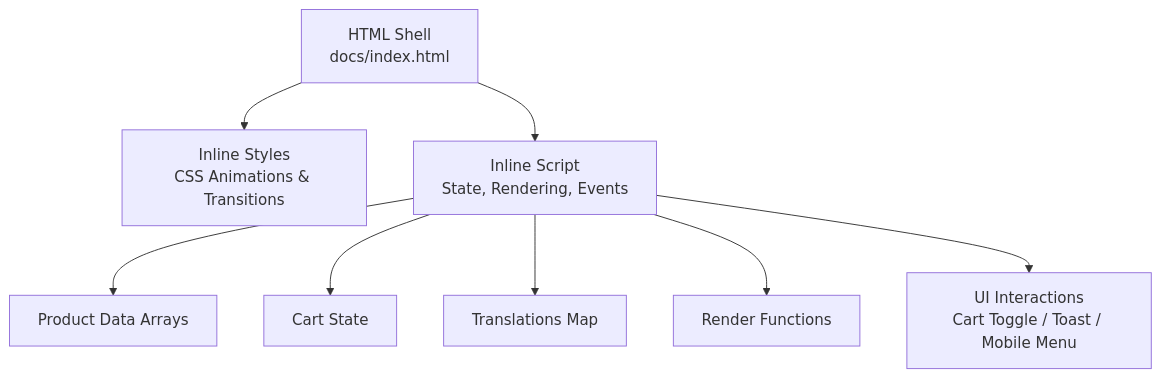
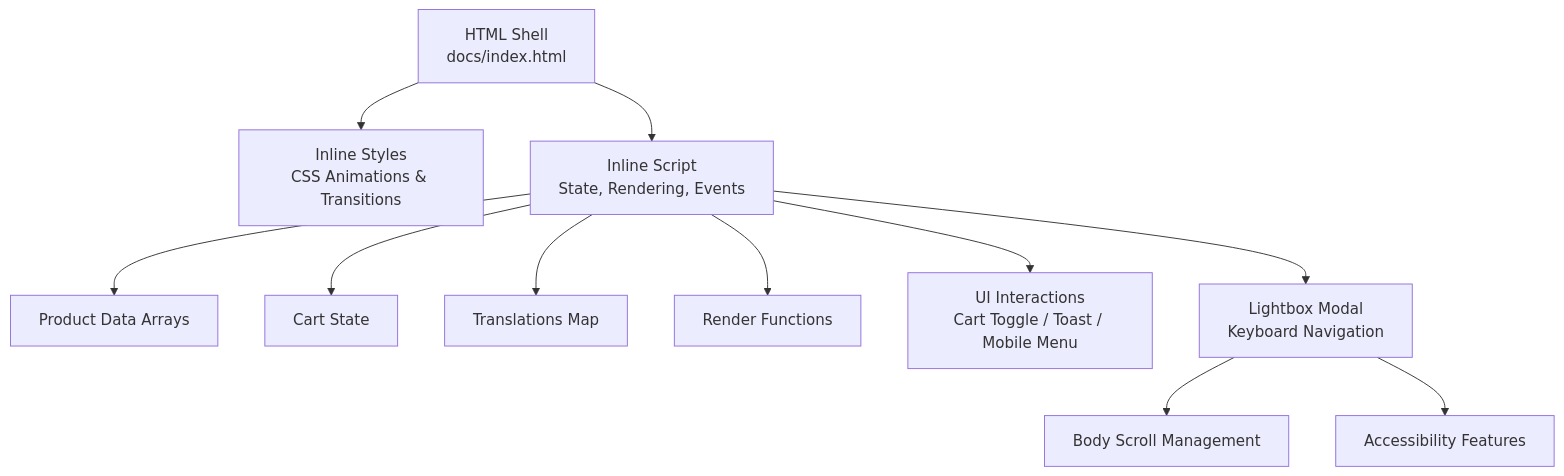
Before and after one commit to queenflowerhk/queenflowerhk.github.io: the first of 5 diagrams in .qoder/repowiki/en/content/User Interface Components/Interactive Elements/Interactive Elements.md, drawn with Mermaid. The commit also changed other lines of this file and 13 other files, not shown here.

````diff
--- a/.qoder/repowiki/en/content/User Interface Components/Interactive Elements/Interactive Elements.md
+++ b/.qoder/repowiki/en/content/User Interface Components/Interactive Elements/Interactive Elements.md
@@ -35,10 +50,13 @@
 ```mermaid
 graph TB
 A["HTML Shell<br/>docs/index.html"] --> B["Inline Styles<br/>CSS Animations & Transitions"]
 A --> C["Inline Script<br/>State, Rendering, Events"]
 C --> D["Product Data Arrays"]
 C --> E["Cart State"]
 C --> F["Translations Map"]
 C --> G["Render Functions"]
 C --> H["UI Interactions<br/>Cart Toggle / Toast / Mobile Menu"]
+C --> I["Lightbox Modal<br/>Keyboard Navigation"]
+I --> J["Body Scroll Management"]
+I --> K["Accessibility Features"]
 ```
````
